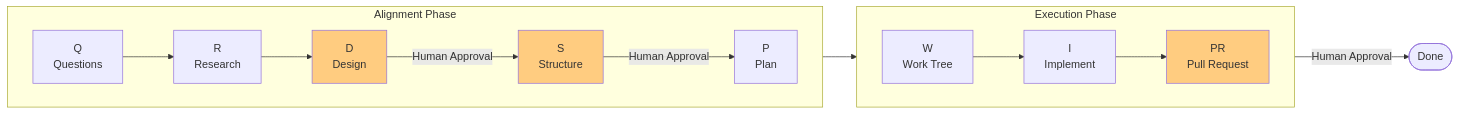
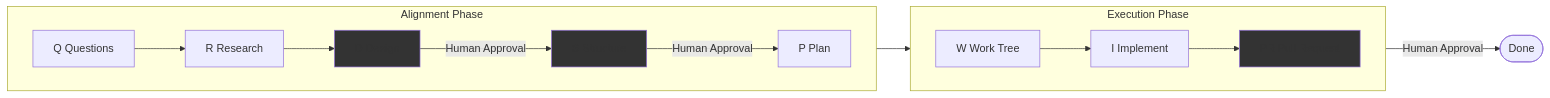
One commit to nixihz/qrspi-agent changed the diagram in README.md. Above: the diagram before and after it, drawn with Mermaid. The commit also changed other lines of this file and 13 other files, not shown here.

````diff
--- a/README.md
+++ b/README.md
@@ -29,31 +29,31 @@
 ```mermaid
 flowchart LR
     subgraph Alignment [Alignment Phase]
         direction LR
-        Q[Q<br/>Questions]
-        R[R<br/>Research]
-        D[D<br/>Design]
-        S[S<br/>Structure]
-        P[P<br/>Plan]
+        Q[Q    Questions]
+        R[R    Research]
+        D[D    Design]
+        S[S    Structure]
+        P[P    Plan]
     end
 
     subgraph Execution [Execution Phase]
         direction LR
-        W[W<br/>Work Tree]
-        I[I<br/>Implement]
-        PR[PR<br/>Pull Request]
+        W[W    Work Tree]
+        I[I    Implement]
+        PR[PR  Pull Request]
     end
 
     Q --> R
     R --> D
     D -->|Human Approval| S
     S -->|Human Approval| P
     P --> W
     W --> I
     I --> PR
     PR -->|Human Approval| Done([Done])
 
-    style D fill:#ffcc80
-    style S fill:#ffcc80
-    style PR fill:#ffcc80
+    style D fill:#333333
+    style S fill:#333333
+    style PR fill:#333333
 ```
````
